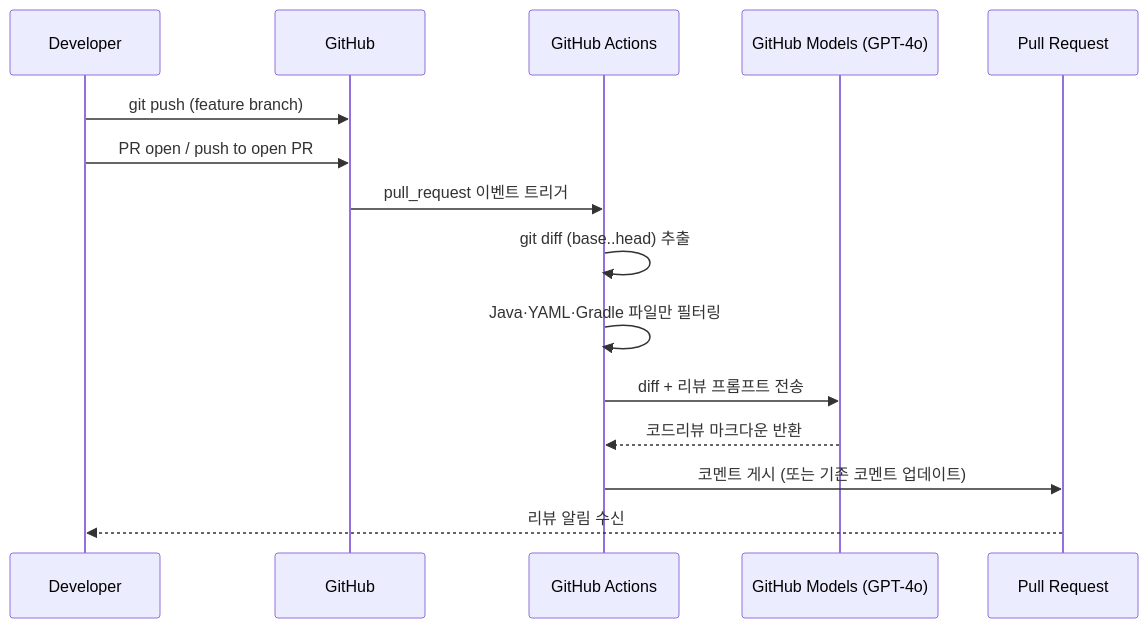
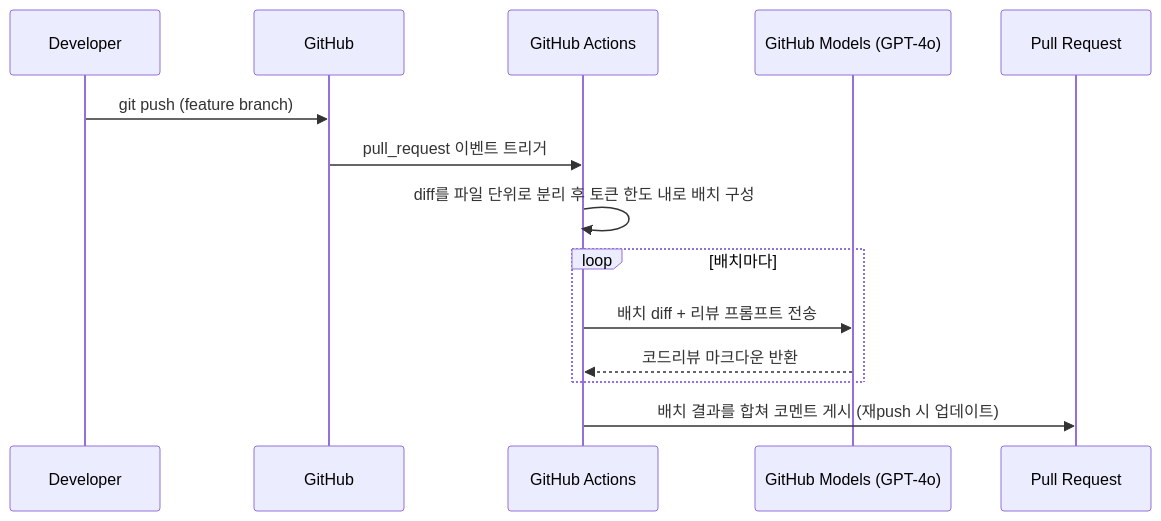
One commit to gkdbssla97/event-driven-msa-lab changed the second of 2 diagrams in README.md. Above: the diagram before and after it, drawn with Mermaid. The commit also changed other lines of this file and 4 other files, not shown here.

````diff
--- a/README.md
+++ b/README.md
@@ -290,18 +125,17 @@
 ```mermaid
 sequenceDiagram
     participant Dev as Developer
     participant GH as GitHub
     participant Actions as GitHub Actions
     participant Models as GitHub Models (GPT-4o)
     participant PR as Pull Request
 
     Dev->>GH: git push (feature branch)
-    Dev->>GH: PR open / push to open PR
     GH->>Actions: pull_request 이벤트 트리거
-    Actions->>Actions: git diff (base..head) 추출
-    Actions->>Actions: Java·YAML·Gradle 파일만 필터링
-    Actions->>Models: diff + 리뷰 프롬프트 전송
-    Models-->>Actions: 코드리뷰 마크다운 반환
-    Actions->>PR: 코멘트 게시 (또는 기존 코멘트 업데이트)
-    PR-->>Dev: 리뷰 알림 수신
+    Actions->>Actions: diff를 파일 단위로 분리 후 토큰 한도 내로 배치 구성
+    loop 배치마다
+        Actions->>Models: 배치 diff + 리뷰 프롬프트 전송
+        Models-->>Actions: 코드리뷰 마크다운 반환
+    end
+    Actions->>PR: 배치 결과를 합쳐 코멘트 게시 (재push 시 업데이트)
 ```
````
